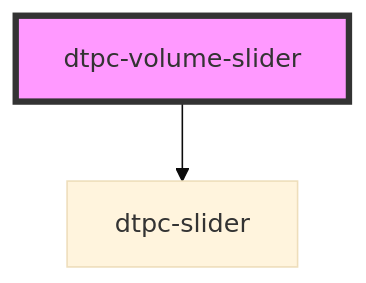
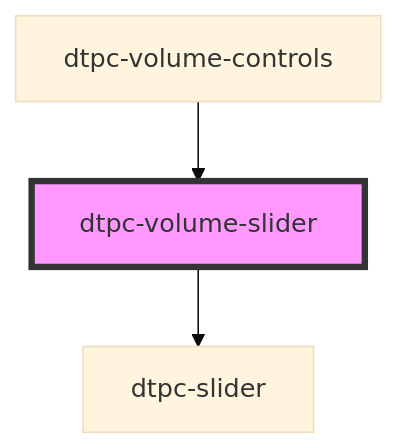
The diagram in packages/blocks/player/web-components/src/components/dtpc-volume-slider/readme.md (PRX/Dovetail-Wordpress-Plugin), drawn with Mermaid (base theme) before and after one commit. The commit also changed other lines of this file and 90 other files, not shown here.

First line of the commit message:
feat(player): add volume controls component and block

````diff
--- a/packages/blocks/player/web-components/src/components/dtpc-volume-slider/readme.md
+++ b/packages/blocks/player/web-components/src/components/dtpc-volume-slider/readme.md
@@ -30,5 +30,6 @@
 ```mermaid
 graph TD;
   dtpc-volume-slider --> dtpc-slider
+  dtpc-volume-controls --> dtpc-volume-slider
   style dtpc-volume-slider fill:#f9f,stroke:#333,stroke-width:4px
 ```
````
